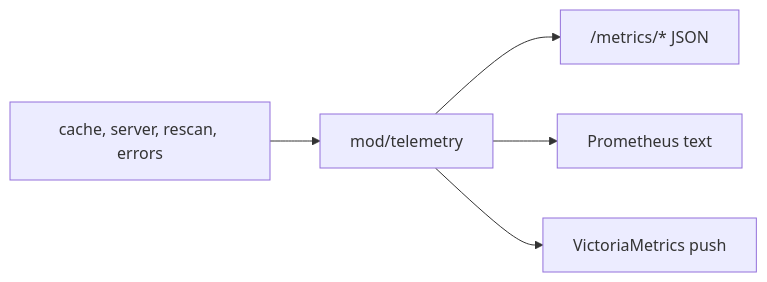
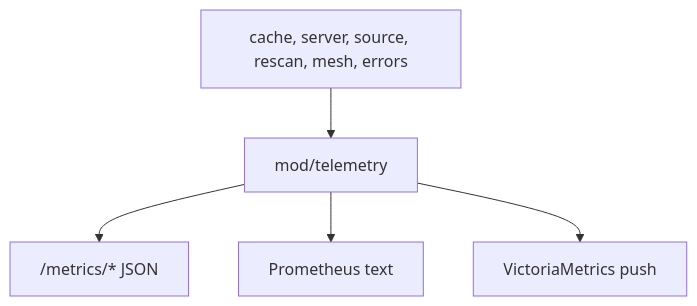
Before and after one commit to voluminor/yggvault: the diagram in mod/telemetry/README.md, drawn with Mermaid. The commit also changed other lines of this file and 333 other files, not shown here.

````diff
--- a/mod/telemetry/README.md
+++ b/mod/telemetry/README.md
@@ -8,7 +8,7 @@
 ```mermaid
-flowchart LR
-  producers["cache, server, rescan, errors"] --> telemetry["mod/telemetry"]
+flowchart TB
+    producers["cache, server, source, rescan, mesh, errors"] --> telemetry["mod/telemetry"]
   telemetry --> json["/metrics/* JSON"]
   telemetry --> prom["Prometheus text"]
   telemetry --> push["VictoriaMetrics push"]
 ```
````
